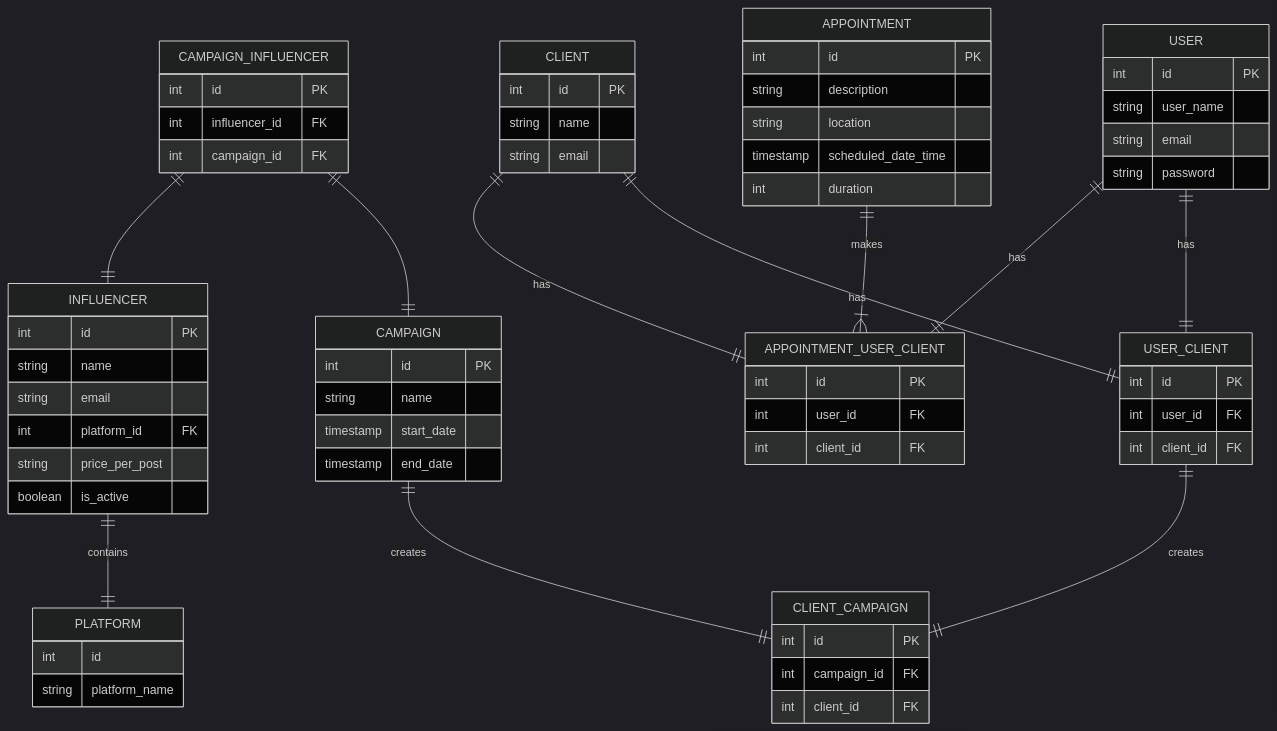
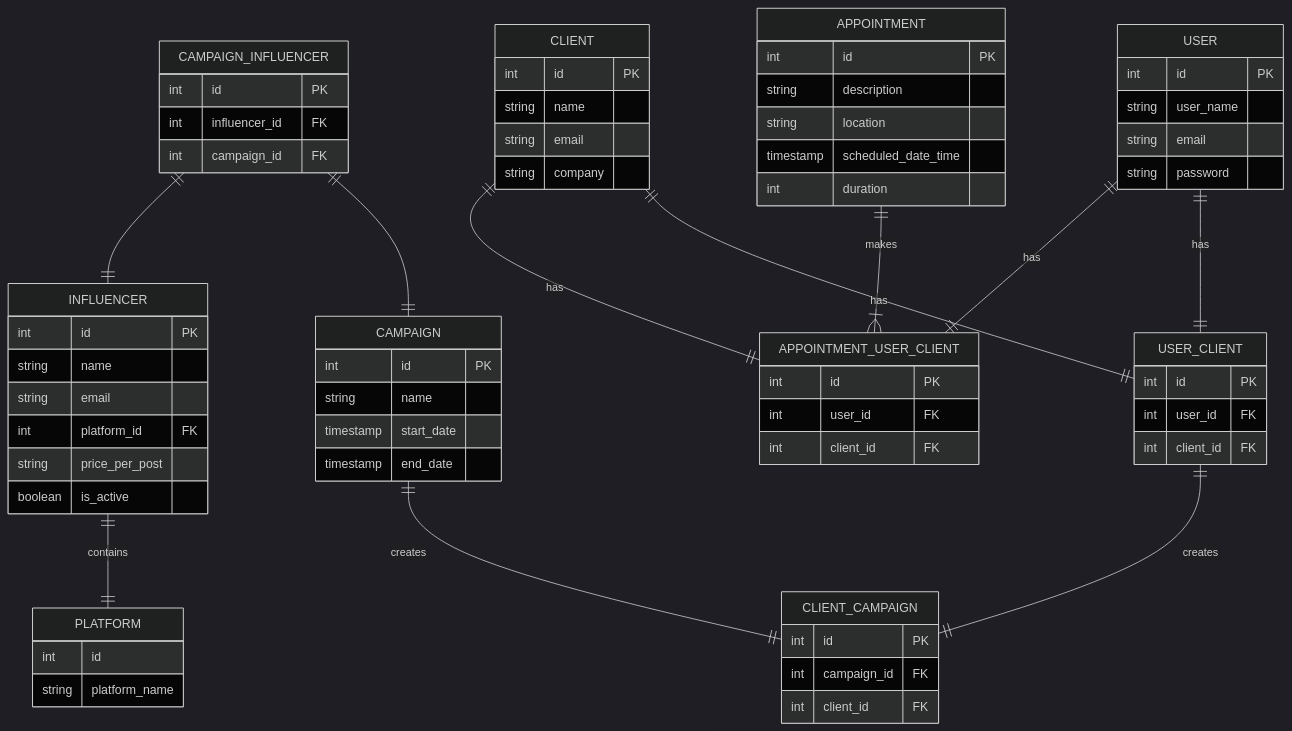
Before and after one commit to ConorPMullan/swim-marketing: the second of 2 diagrams in README.md, drawn with Mermaid. The commit also changed other lines of this file, not shown here.

````diff
--- a/README.md
+++ b/README.md
@@ -52,72 +52,73 @@
 ```mermaid
 %%{init: {'theme': 'dark' } }%%
 
 erDiagram
     USER {
         int id PK
         string user_name
         string email
         string password
     }
     USER_CLIENT {
         int id PK
         int user_id FK
         int client_id FK
     }
     CLIENT {
         int id PK
         string name
         string email
+        string company
     }
     CLIENT_CAMPAIGN {
         int id PK
         int campaign_id FK
         int client_id FK
     }
     CAMPAIGN {
         int id PK
         string name
         timestamp start_date
         timestamp end_date
     }
     CAMPAIGN_INFLUENCER {
         int id PK
         int influencer_id FK
         int campaign_id FK
     }
     INFLUENCER {
         int id PK
         string name
         string email
         int platform_id FK
         string price_per_post
         boolean is_active
     }
     PLATFORM {
         int id
         string platform_name
     }
     APPOINTMENT{
         int id PK
         string description
         string location
         timestamp scheduled_date_time
         int duration
     }
     APPOINTMENT_USER_CLIENT {
         int id PK
         int user_id FK
         int client_id FK
     }
     USER ||--|| USER_CLIENT: "has"
     CLIENT ||--|| USER_CLIENT: "has"
     USER ||--|| APPOINTMENT_USER_CLIENT: "has"
     CLIENT ||--|| APPOINTMENT_USER_CLIENT: "has"
     USER_CLIENT ||--|| CLIENT_CAMPAIGN : "creates"
     CAMPAIGN ||--|| CLIENT_CAMPAIGN : "creates"
     APPOINTMENT ||--|{ APPOINTMENT_USER_CLIENT : "makes"
     CAMPAIGN_INFLUENCER ||--|| CAMPAIGN : ""
     CAMPAIGN_INFLUENCER ||--|| INFLUENCER : ""
     INFLUENCER ||--|| PLATFORM : "contains"
 
 ```
````
